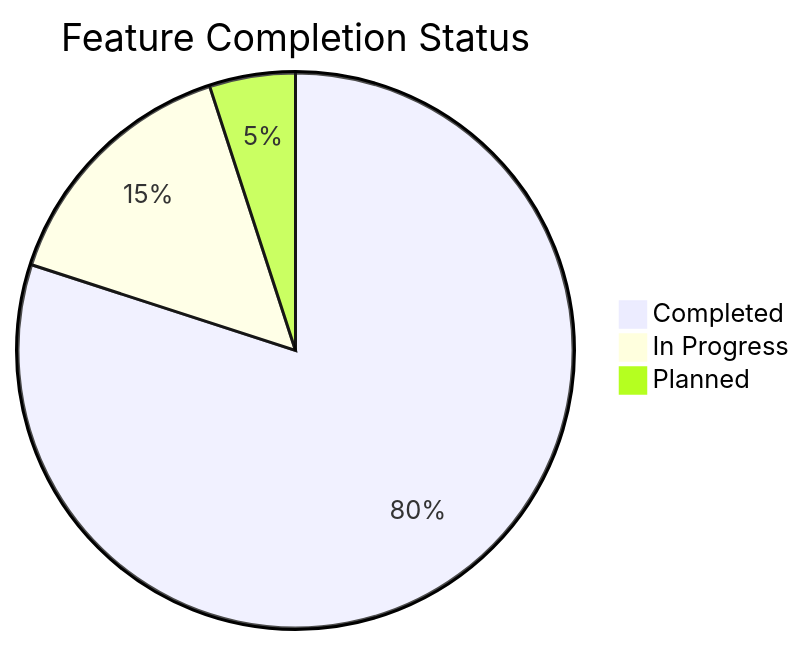
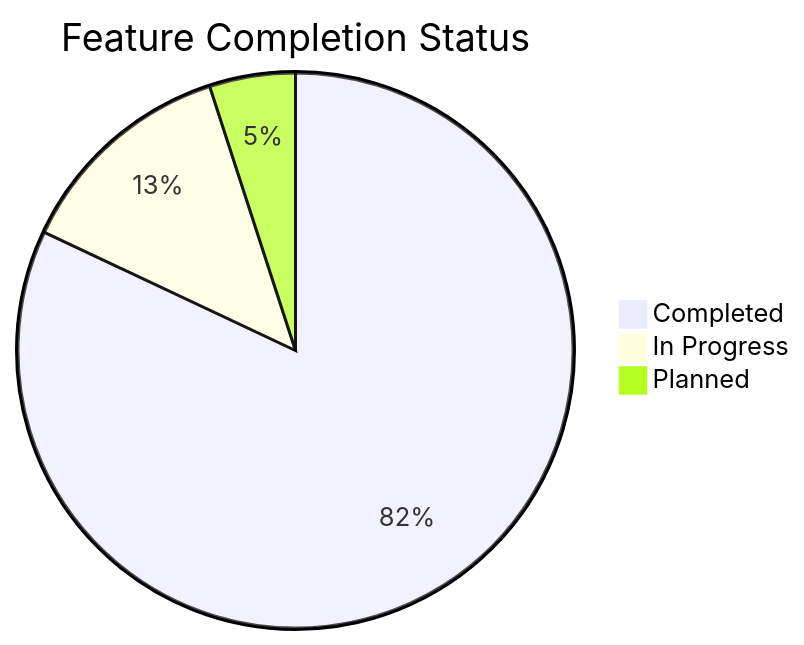
The second of 2 diagrams in docs/planning/roadmap.md (mrj0nesmtl/cloud-burst), drawn with Mermaid before and after one commit. The commit also changed other lines of this file and 37 other files, not shown here.

````diff
--- a/docs/planning/roadmap.md
+++ b/docs/planning/roadmap.md
@@ -340,6 +342,6 @@
 ```mermaid
 pie title Feature Completion Status
-    "Completed" : 80
-    "In Progress" : 15
+    "Completed" : 82
+    "In Progress" : 13
     "Planned" : 5
 ```
````
